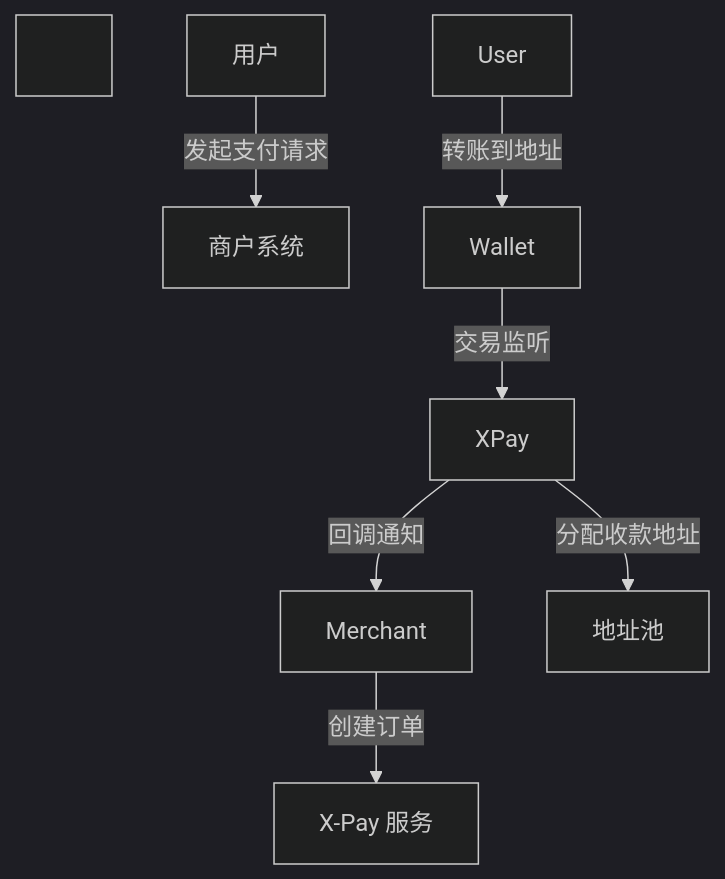
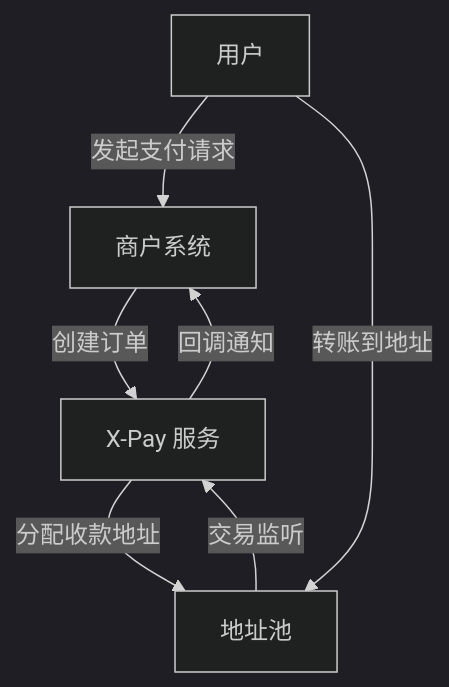
Before and after one commit to x-pay-official/x-pay: the diagram in README_CN.md, drawn with Mermaid (dark theme). The commit also changed other lines of this file and 2 other files, not shown here.

````diff
--- a/README_CN.md
+++ b/README_CN.md
@@ -59,17 +21,9 @@
 ```mermaid
-
 flowchart TD
-
-&nbsp;   User\[用户] --> |发起支付请求| Merchant\[商户系统]
-
-&nbsp;   Merchant --> |创建订单| XPay\[X-Pay 服务]
-
-&nbsp;   XPay --> |分配收款地址| Wallet\[地址池]
-
-&nbsp;   User --> |转账到地址| Wallet
-
-&nbsp;   Wallet --> |交易监听| XPay
-
-&nbsp;   XPay --> |回调通知| Merchant
-
+    User[用户] --> |发起支付请求| Merchant[商户系统]
+    Merchant --> |创建订单| XPay[X-Pay 服务]
+    XPay --> |分配收款地址| Wallet[地址池]
+    User --> |转账到地址| Wallet
+    Wallet --> |交易监听| XPay
+    XPay --> |回调通知| Merchant
 ```
````
